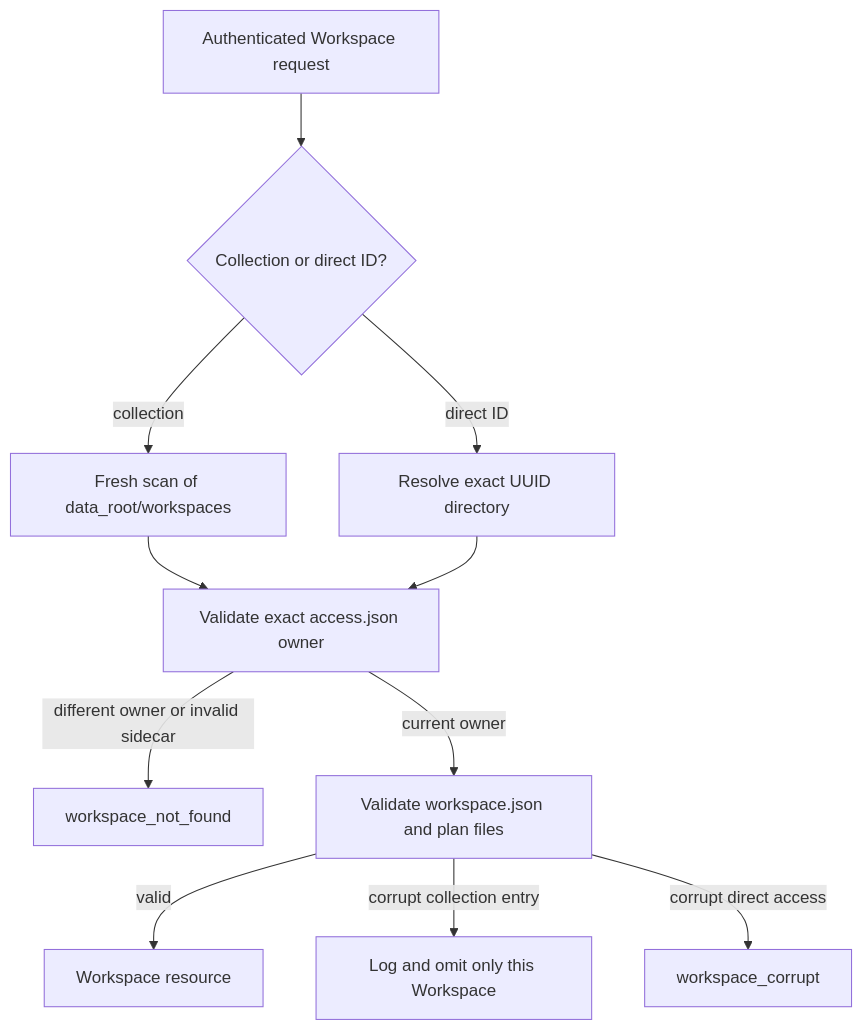
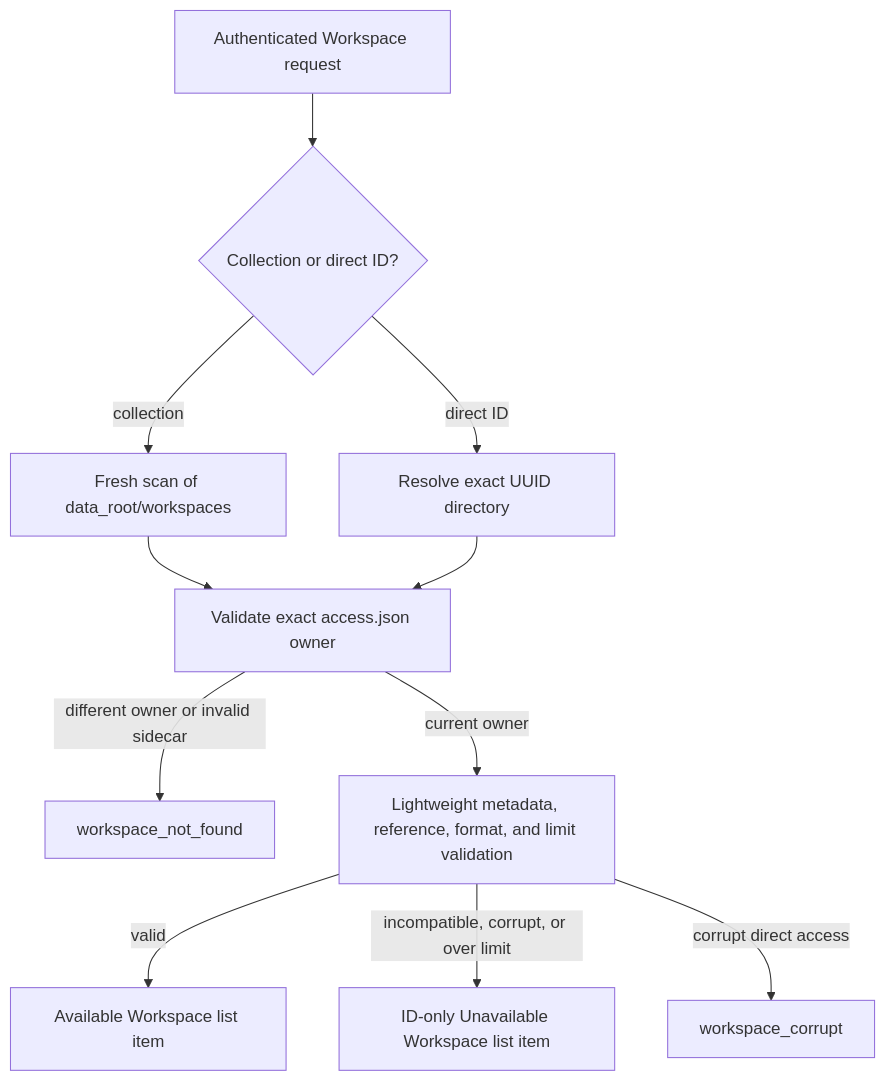
The first of 2 diagrams in docs/architecture/backend/workspaces.md (Australian-Text-Analytics-Platform/ldaca_web_app), drawn with Mermaid before and after one commit. The commit also changed other lines of this file and 27 other files, not shown here.

````diff
--- a/docs/architecture/backend/workspaces.md
+++ b/docs/architecture/backend/workspaces.md
@@ -16,13 +16,13 @@
 ```mermaid
 flowchart TB
     REQUEST["Authenticated Workspace request"] --> KIND{"Collection or direct ID?"}
     KIND -->|"collection"| SCAN["Fresh scan of data_root/workspaces"]
     KIND -->|"direct ID"| DIRECT["Resolve exact UUID directory"]
     SCAN --> ACCESS["Validate exact access.json owner"]
     DIRECT --> ACCESS
     ACCESS -->|"different owner or invalid sidecar"| HIDDEN["workspace_not_found"]
-    ACCESS -->|"current owner"| SNAPSHOT["Validate workspace.json and plan files"]
-    SNAPSHOT -->|"valid"| RESOURCE["Workspace resource"]
-    SNAPSHOT -->|"corrupt collection entry"| OMIT["Log and omit only this Workspace"]
+    ACCESS -->|"current owner"| SNAPSHOT["Lightweight metadata, reference, format, and limit validation"]
+    SNAPSHOT -->|"valid"| RESOURCE["Available Workspace list item"]
+    SNAPSHOT -->|"incompatible, corrupt, or over limit"| UNAVAILABLE["ID-only Unavailable Workspace list item"]
     SNAPSHOT -->|"corrupt direct access"| CORRUPT["workspace_corrupt"]
 ```
````
